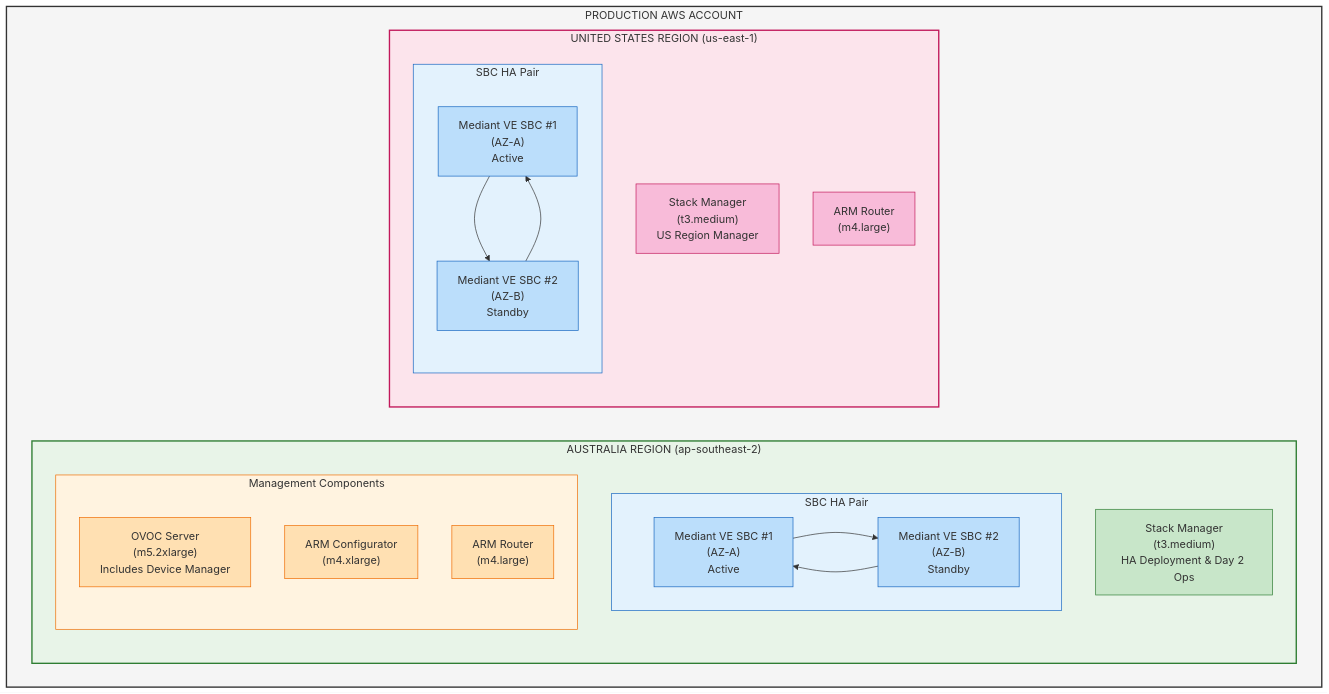
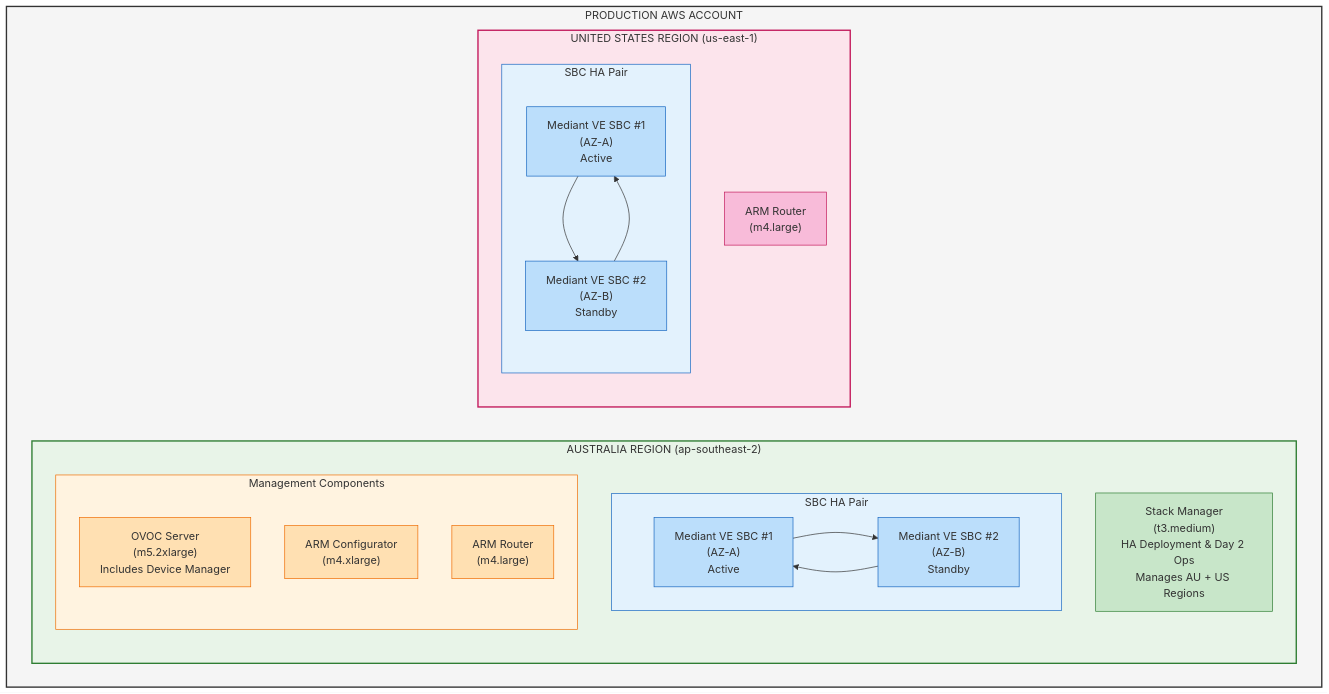
Before and after one commit to kevinsing999/public: the third of 26 diagrams in AudioCodes-AWS-Deployment-Guide.md, drawn with Mermaid. The commit also changed other lines of this file and 53 other files, not shown here.

First line of the commit message:
Consolidate Stack Manager to Australian region only (v1.9)

````diff
--- a/AudioCodes-AWS-Deployment-Guide.md
+++ b/AudioCodes-AWS-Deployment-Guide.md
@@ -208,46 +208,44 @@
 ```mermaid
 flowchart TB
     subgraph PROD["PRODUCTION AWS ACCOUNT"]
         subgraph AUS_P["AUSTRALIA REGION (ap-southeast-2)"]
             subgraph HA_AUS["SBC HA Pair"]
                 SBC1_AUS["Mediant VE SBC #1<br/>(AZ-A)<br/>Active"]
                 SBC2_AUS["Mediant VE SBC #2<br/>(AZ-B)<br/>Standby"]
                 SBC1_AUS --> SBC2_AUS
                 SBC2_AUS --> SBC1_AUS
             end
-            SM_AUS["Stack Manager<br/>(t3.medium)<br/>HA Deployment & Day 2 Ops"]
+            SM_AUS["Stack Manager<br/>(t3.medium)<br/>HA Deployment & Day 2 Ops<br/>Manages AU + US Regions"]
             subgraph MGMT_AUS["Management Components"]
                 OVOC["OVOC Server<br/>(m5.2xlarge)<br/>Includes Device Manager"]
                 ARM_CFG_AUS["ARM Configurator<br/>(m4.xlarge)"]
                 ARM_RTR_AUS["ARM Router<br/>(m4.large)"]
             end
         end
         subgraph US_P["UNITED STATES REGION (us-east-1)"]
             subgraph HA_US["SBC HA Pair"]
                 SBC1_US["Mediant VE SBC #1<br/>(AZ-A)<br/>Active"]
                 SBC2_US["Mediant VE SBC #2<br/>(AZ-B)<br/>Standby"]
                 SBC1_US --> SBC2_US
                 SBC2_US --> SBC1_US
             end
-            SM_US["Stack Manager<br/>(t3.medium)<br/>US Region Manager"]
             ARM_RTR_US["ARM Router<br/>(m4.large)"]
         end
     end
 
     style PROD fill:#f5f5f5,stroke:#333,stroke-width:2px
     style AUS_P fill:#e8f4e8,stroke:#2e7d32,stroke-width:2px
     style US_P fill:#fce4ec,stroke:#c2185b,stroke-width:2px
     style HA_AUS fill:#e3f2fd,stroke:#1565c0,stroke-width:1px
     style HA_US fill:#e3f2fd,stroke:#1565c0,stroke-width:1px
     style MGMT_AUS fill:#fff3e0,stroke:#ef6c00,stroke-width:1px
     style SBC1_AUS fill:#bbdefb,stroke:#1565c0
     style SBC2_AUS fill:#bbdefb,stroke:#1565c0
     style SBC1_US fill:#bbdefb,stroke:#1565c0
     style SBC2_US fill:#bbdefb,stroke:#1565c0
     style SM_AUS fill:#c8e6c9,stroke:#2e7d32
-    style SM_US fill:#f8bbd9,stroke:#c2185b
     style OVOC fill:#ffe0b2,stroke:#ef6c00
     style ARM_CFG_AUS fill:#ffe0b2,stroke:#ef6c00
     style ARM_RTR_AUS fill:#ffe0b2,stroke:#ef6c00
     style ARM_RTR_US fill:#f8bbd9,stroke:#c2185b
 ```
````
